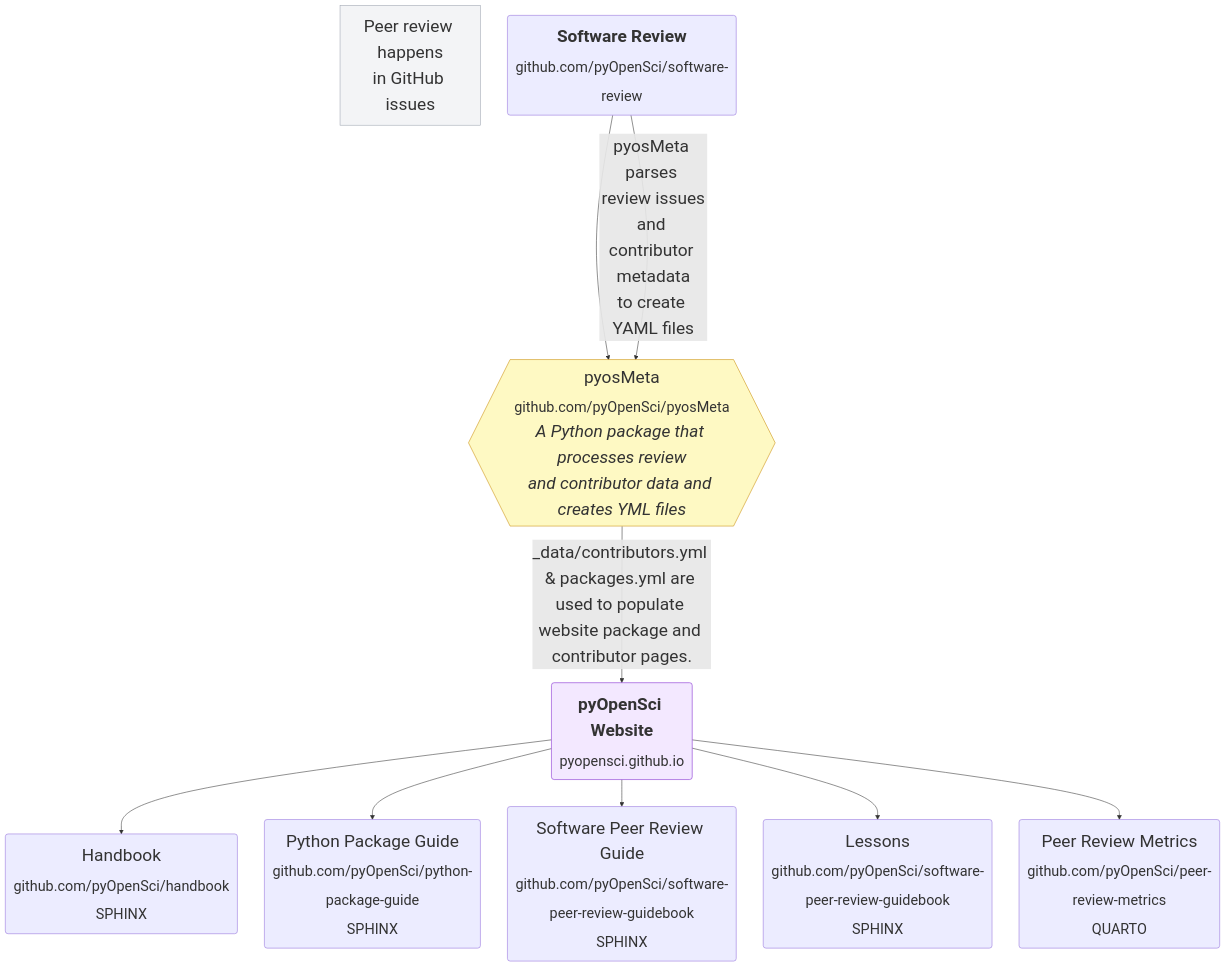
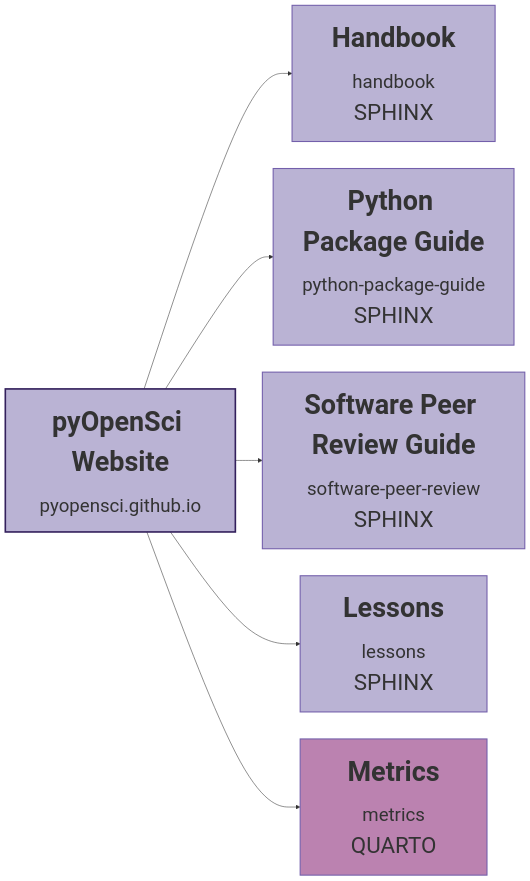
The second of 2 diagrams in community/infrastructure/intro.md (pyOpenSci/handbook), drawn with Mermaid before and after one commit. The commit also changed other lines of this file, not shown here.

Commit message:
enh: styling mermaid is not fun

````diff
--- a/community/infrastructure/intro.md
+++ b/community/infrastructure/intro.md
@@ -11,27 +34,28 @@
 ```{mermaid}
-%%{ init: { "theme": "default", "themeVariables": { "fontSize": "200%" } } }%%
+%%{ init: { "theme": "default", "themeVariables": { "fontSize": "240%", "fontFamily": "Poppins, sans-serif" } } }%%
 
-flowchart TD
+flowchart LR
 
-    %% Note above Software Review
-    Note["Peer review happens<br>in GitHub issues"]
+    %% Website on the left
+    C["<div style='min-width: 350px; padding: 8px;'><span style='font-size:1.3em'><b>pyOpenSci Website</b></span><br><span style='font-size:1.08em'><sub>pyopensci.github.io</sub></span></div>"]
 
-    %% Top: software-review repo
-    A(<b>Software Review</b><br><sub>github.com/pyOpenSci/software-review</sub>) --> B{{pyosMeta<br><sub>github.com/pyOpenSci/pyosMeta</sub><br><i>A Python package that processes review<br>and contributor data and creates YML files</i>}}
-    C(<b>pyOpenSci Website</b><br><sub>pyopensci.github.io</sub>)
-    A --> |"pyosMeta parses review issues<br>and contributor metadata<br>to create YAML files"| B
-    B --> |"_data/contributors.yml & packages.yml are used to populate website package and contributor pages."| C
+    %% Website outputs to 5 child "books" on the right - wider boxes
+    C --> D1["<div style='min-width: 300px; padding: 8px;'><span style='font-size:1.3em'><b>Handbook</b></span><br><span style='font-size:1.08em'><sub>handbook</sub><br>SPHINX</span></div>"]
+    C --> D2["<div style='min-width: 370px; padding: 8px;'><span style='font-size:1.3em'><b>Python Package Guide</b></span><br><span style='font-size:1.08em'><sub>python-package-guide</sub><br>SPHINX</span></div>"]
+    C --> D3["<div style='min-width: 410px; padding: 8px;'><span style='font-size:1.3em'><b>Software Peer Review Guide</b></span><br><span style='font-size:1.08em'><sub>software-peer-review</sub><br>SPHINX</span></div>"]
+    C --> D4["<div style='min-width: 270px; padding: 8px;'><span style='font-size:1.3em'><b>Lessons</b></span><br><span style='font-size:1.08em'><sub>lessons</sub><br>SPHINX</span></div>"]
+    C --> D5["<div style='min-width: 270px; padding: 8px;'><span style='font-size:1.3em'><b>Metrics</b></span><br><span style='font-size:1.08em'><sub>metrics</sub><br>QUARTO</span></div>"]
 
-    %% Website outputs to 4 child "books"
-    C --> D1(Handbook<br><sub>github.com/pyOpenSci/handbook<br>SPHINX</sub>)
-    C --> D2(Python Package Guide<br><sub>github.com/pyOpenSci/python-package-guide<br>SPHINX</sub>)
-    C --> D3(Software Peer Review Guide<br><sub>github.com/pyOpenSci/software-peer-review-guidebook<br>SPHINX</sub>)
-    C --> D4(Lessons<br><sub>github.com/pyOpenSci/software-peer-review-guidebook<br>SPHINX</sub>)
-    C --> D5(Peer Review Metrics<br><sub>github.com/pyOpenSci/peer-review-metrics<br>QUARTO</sub>)
+    %% Styling - Website box (brand purple)
+    style C fill:#bab3d4,stroke:#33205c,stroke-width:3px,color:#1f2937
 
-    %% Style for Website box (light purple)
-    style C fill:#f3e8ff,stroke:#7e22ce,stroke-width:1px
-    style B fill:#fef9c3,stroke:#ca8a04,stroke-width:1px
-    style Note fill:#f3f4f6,stroke:#9ca3af,stroke-width:1px
+    %% Styling - Sphinx books (brand purple)
+    style D1 fill:#bab3d4,stroke:#735fab,stroke-width:2px,color:#1f2937
+    style D2 fill:#bab3d4,stroke:#735fab,stroke-width:2px,color:#1f2937
+    style D3 fill:#bab3d4,stroke:#735fab,stroke-width:2px,color:#1f2937
+    style D4 fill:#bab3d4,stroke:#735fab,stroke-width:2px,color:#1f2937
+
+    %% Styling - Quarto (brand magenta to distinguish)
+    style D5 fill:#bb82b0,stroke:#735fab,stroke-width:2px,color:#1f2937
 
 ```
````
